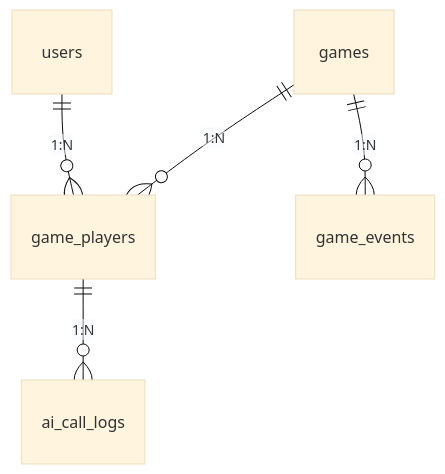
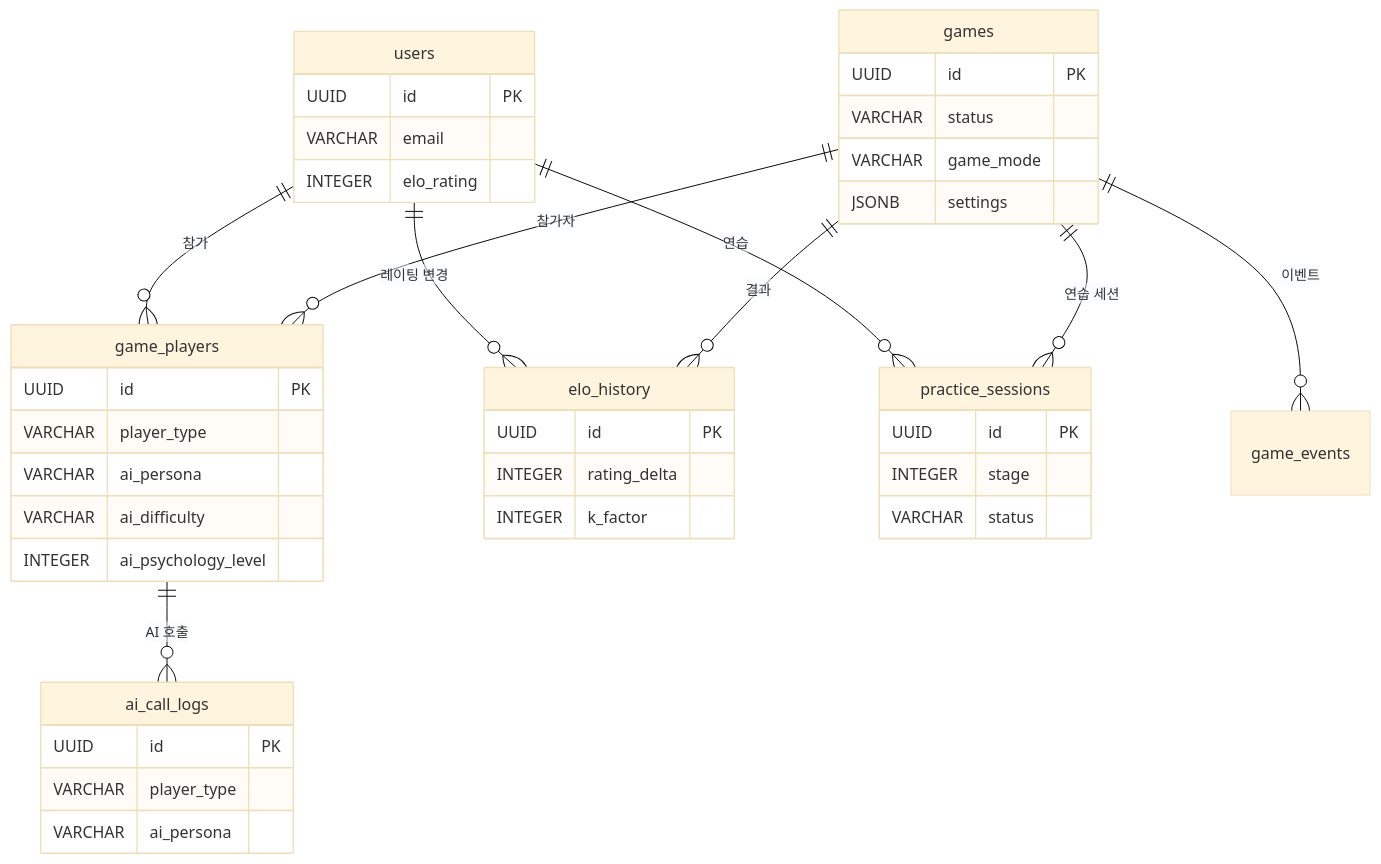
Before and after one commit to k82022603/RummiArena: the diagram in docs/02-design/02-database-design.md, drawn with Mermaid (base theme). The commit also changed other lines of this file and 9 other files, not shown here.

````diff
--- a/docs/02-design/02-database-design.md
+++ b/docs/02-design/02-database-design.md
@@ -165,7 +276,45 @@
 ```mermaid
 erDiagram
-    users ||--o{ game_players : "1:N"
-    games ||--o{ game_players : "1:N"
-    game_players ||--o{ ai_call_logs : "1:N"
-    games ||--o{ game_events : "1:N"
+    users ||--o{ game_players : "참가"
+    users ||--o{ elo_history : "레이팅 변경"
+    users ||--o{ practice_sessions : "연습"
+    games ||--o{ game_players : "참가자"
+    games ||--o{ game_events : "이벤트"
+    games ||--o{ elo_history : "결과"
+    games ||--o{ practice_sessions : "연습 세션"
+    game_players ||--o{ ai_call_logs : "AI 호출"
+
+    users {
+        UUID id PK
+        VARCHAR email
+        INTEGER elo_rating
+    }
+    games {
+        UUID id PK
+        VARCHAR status
+        VARCHAR game_mode
+        JSONB settings
+    }
+    game_players {
+        UUID id PK
+        VARCHAR player_type
+        VARCHAR ai_persona
+        VARCHAR ai_difficulty
+        INTEGER ai_psychology_level
+    }
+    ai_call_logs {
+        UUID id PK
+        VARCHAR player_type
+        VARCHAR ai_persona
+    }
+    elo_history {
+        UUID id PK
+        INTEGER rating_delta
+        INTEGER k_factor
+    }
+    practice_sessions {
+        UUID id PK
+        INTEGER stage
+        VARCHAR status
+    }
 ```
````
